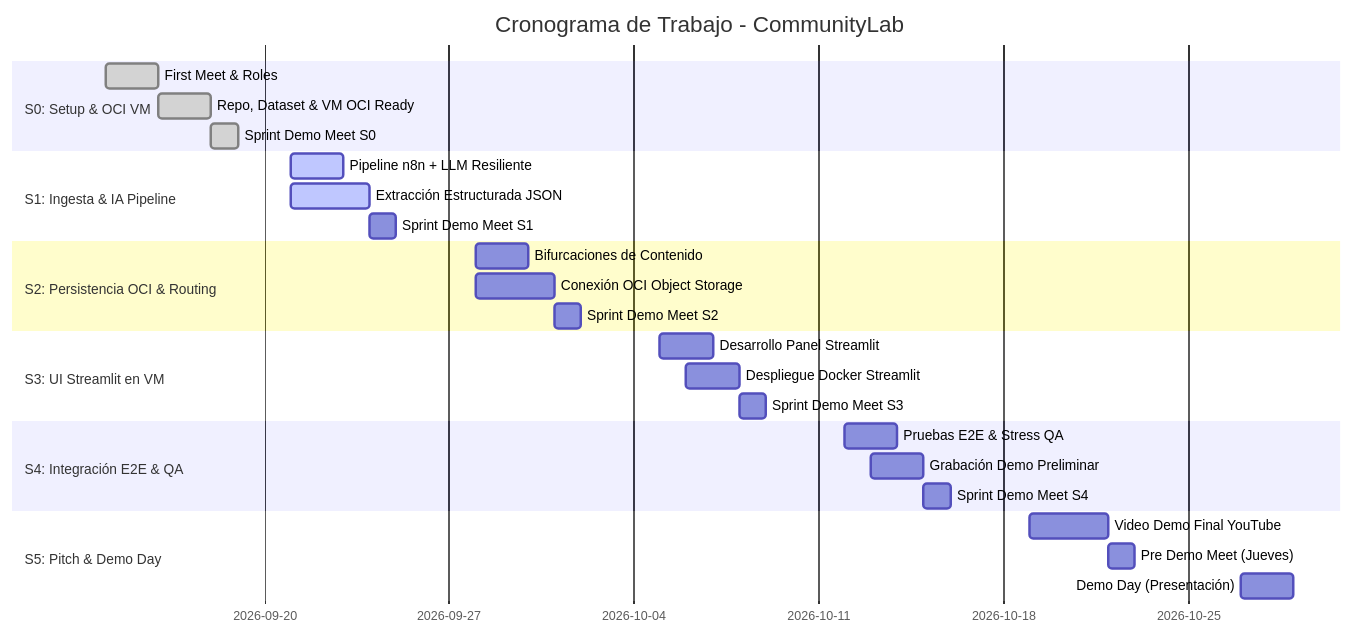
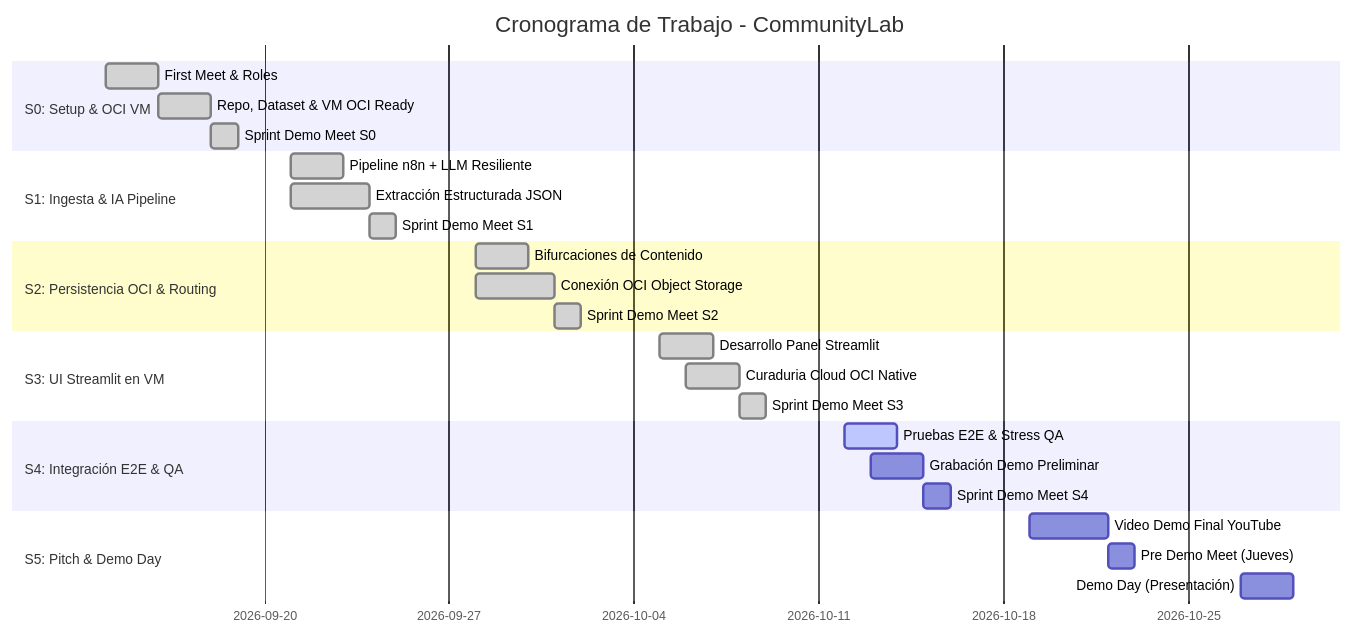
One commit to No-Country-simulation/G10-LATAM-equipo6-CommunityLab changed the diagram in PM_Files/ROADMAP.md. Above: the diagram before and after it, drawn with Mermaid. The commit also changed other lines of this file and 3 other files, not shown here.

Commit message:
docs: actualizar documentacion integral del proyecto (arquitectura dual, OCI y Sprint 3)

````diff
--- a/PM_Files/ROADMAP.md
+++ b/PM_Files/ROADMAP.md
@@ -49,29 +49,29 @@
 ```mermaid
 gantt
     title Cronograma de Trabajo - CommunityLab
     dateFormat  YYYY-MM-DD
     section S0: Setup & OCI VM
     First Meet & Roles           :done, 2026-09-14, 2026-09-16
     Repo, Dataset & VM OCI Ready :done, 2026-09-16, 2026-09-18
     Sprint Demo Meet S0          :done, 2026-09-18, 2026-09-19
     section S1: Ingesta & IA Pipeline
-    Pipeline n8n + LLM Resiliente:active, 2026-09-21, 2026-09-23
-    Extracción Estructurada JSON :active, 2026-09-21, 2026-09-24
-    Sprint Demo Meet S1          :2026-09-24, 2026-09-25
+    Pipeline n8n + LLM Resiliente:done, 2026-09-21, 2026-09-23
+    Extracción Estructurada JSON :done, 2026-09-21, 2026-09-24
+    Sprint Demo Meet S1          :done, 2026-09-24, 2026-09-25
     section S2: Persistencia OCI & Routing
-    Bifurcaciones de Contenido   :2026-09-28, 2026-09-30
-    Conexión OCI Object Storage  :2026-09-28, 2026-10-01
-    Sprint Demo Meet S2          :2026-10-01, 2026-10-02
+    Bifurcaciones de Contenido   :done, 2026-09-28, 2026-09-30
+    Conexión OCI Object Storage  :done, 2026-09-28, 2026-10-01
+    Sprint Demo Meet S2          :done, 2026-10-01, 2026-10-02
     section S3: UI Streamlit en VM
-    Desarrollo Panel Streamlit   :2026-10-05, 2026-10-07
-    Despliegue Docker Streamlit  :2026-10-06, 2026-10-08
-    Sprint Demo Meet S3          :2026-10-08, 2026-10-09
+    Desarrollo Panel Streamlit   :done, 2026-10-05, 2026-10-07
+    Curaduria Cloud OCI Native   :done, 2026-10-06, 2026-10-08
+    Sprint Demo Meet S3          :done, 2026-10-08, 2026-10-09
     section S4: Integración E2E & QA
-    Pruebas E2E & Stress QA      :2026-10-12, 2026-10-14
+    Pruebas E2E & Stress QA      :active, 2026-10-12, 2026-10-14
     Grabación Demo Preliminar    :2026-10-13, 2026-10-15
     Sprint Demo Meet S4          :2026-10-15, 2026-10-16
     section S5: Pitch & Demo Day
     Video Demo Final YouTube     :2026-10-19, 2026-10-22
     Pre Demo Meet (Jueves)       :2026-10-22, 2026-10-23
     Demo Day (Presentación)      :2026-10-27, 2026-10-29
 ```
````
